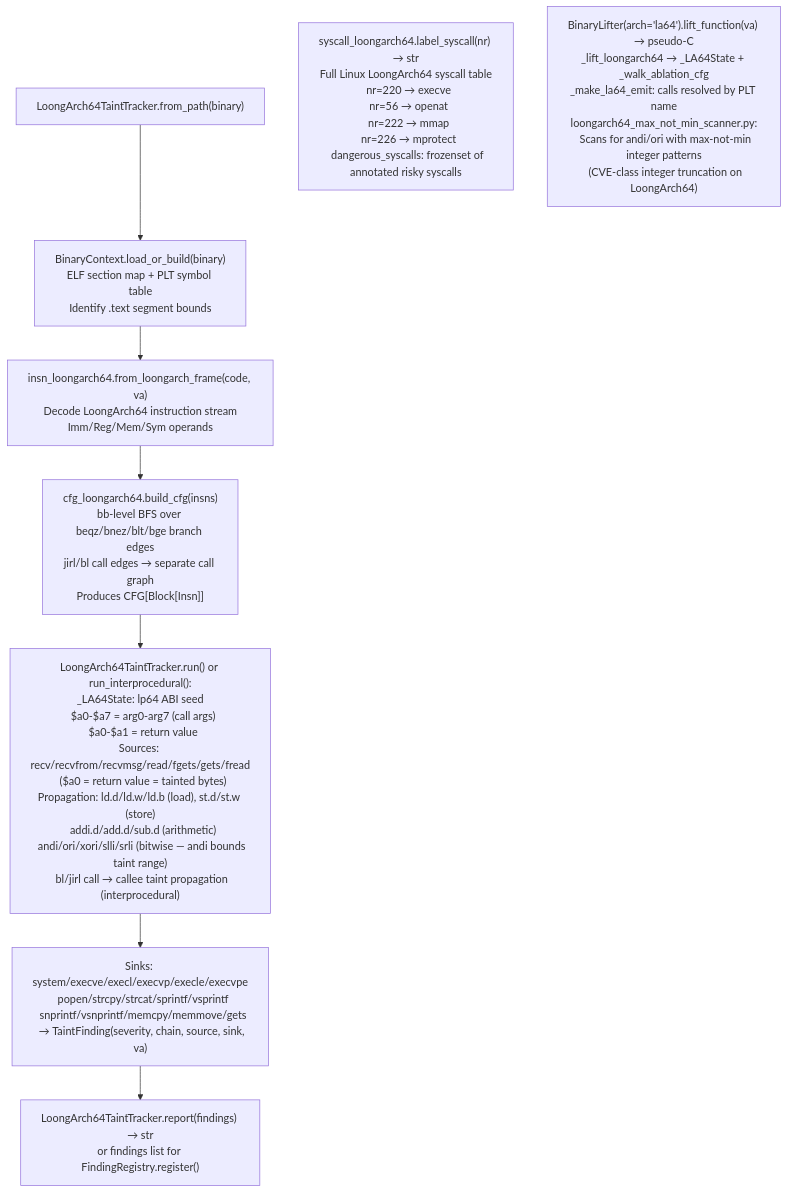
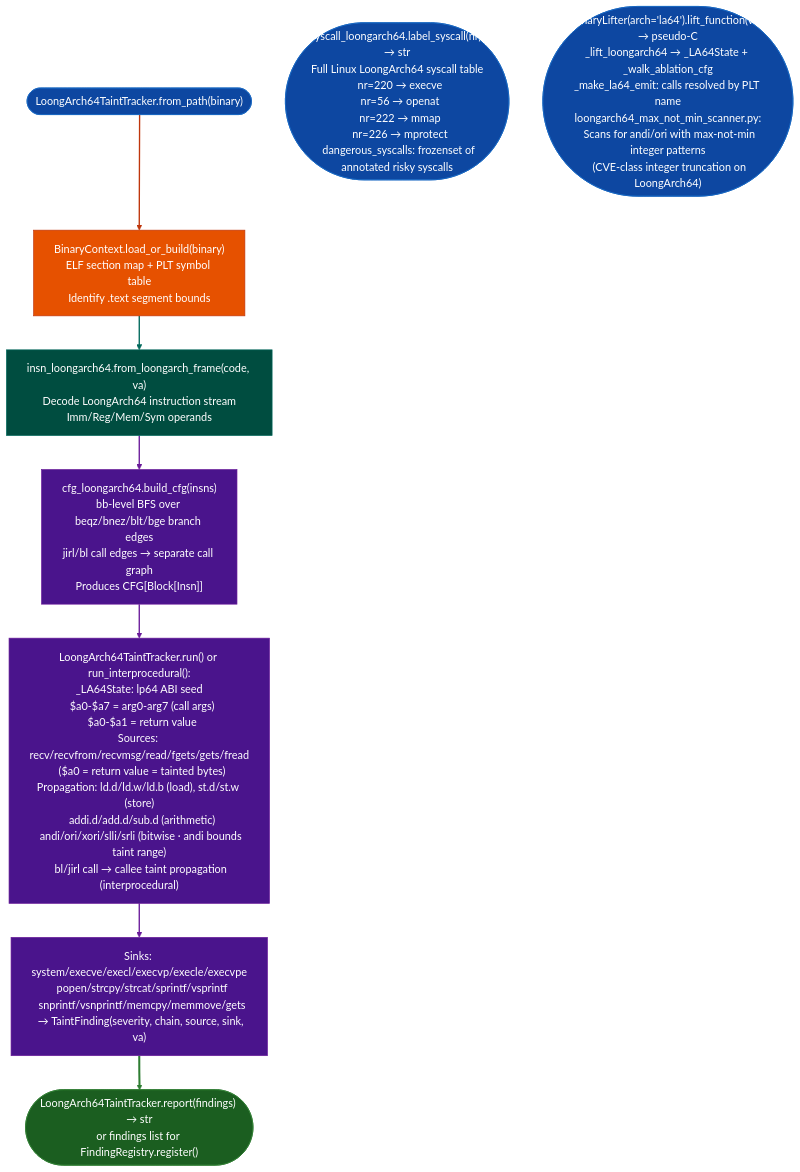
One commit to Ablation-Tool/ablation changed the diagram in docs/reference-modules/loongarch.md. Above: the diagram before and after it, drawn with Mermaid. The commit also changed 320 other files, not shown here.

First line of the commit message:
docs: apply canonical Mermaid template to all 321 diagrams

````diff
--- a/docs/reference-modules/loongarch.md
+++ b/docs/reference-modules/loongarch.md
@@ -19,13 +19,25 @@
 ```mermaid
 flowchart TD
-    A["LoongArch64TaintTracker.from_path(binary)"] --> B["BinaryContext.load_or_build(binary)\nELF section map + PLT symbol table\nIdentify .text segment bounds"]
-    B --> C["insn_loongarch64.from_loongarch_frame(code, va)\nDecode LoongArch64 instruction stream\nImm/Reg/Mem/Sym operands"]
-    C --> D["cfg_loongarch64.build_cfg(insns)\nbb-level BFS over beqz/bnez/blt/bge branch edges\njirl/bl call edges → separate call graph\nProduces CFG[Block[Insn]]"]
-    D --> E["LoongArch64TaintTracker.run() or run_interprocedural():\n_LA64State: lp64 ABI seed\n  $a0-$a7 = arg0-arg7 (call args)\n  $a0-$a1 = return value\nSources: recv/recvfrom/recvmsg/read/fgets/gets/fread\n  ($a0 = return value = tainted bytes)\nPropagation: ld.d/ld.w/ld.b (load), st.d/st.w (store)\n  addi.d/add.d/sub.d (arithmetic)\n  andi/ori/xori/slli/srli (bitwise — andi bounds taint range)\n  bl/jirl call → callee taint propagation (interprocedural)"]
-    E --> F["Sinks: system/execve/execl/execvp/execle/execvpe\n  popen/strcpy/strcat/sprintf/vsprintf\n  snprintf/vsnprintf/memcpy/memmove/gets\n  → TaintFinding(severity, chain, source, sink, va)"]
-    F --> G["LoongArch64TaintTracker.report(findings) → str\nor findings list for FindingRegistry.register()"]
+    A(["LoongArch64TaintTracker.from_path(binary)"]):::input --> B["BinaryContext.load_or_build(binary)\nELF section map + PLT symbol table\nIdentify .text segment bounds"]:::primary
+    B:::primary --> C["insn_loongarch64.from_loongarch_frame(code, va)\nDecode LoongArch64 instruction stream\nImm/Reg/Mem/Sym operands"]:::secondary
+    C:::secondary --> D["cfg_loongarch64.build_cfg(insns)\nbb-level BFS over beqz/bnez/blt/bge branch edges\njirl/bl call edges → separate call graph\nProduces CFG[Block[Insn]]"]:::tertiary
+    D:::tertiary --> E["LoongArch64TaintTracker.run() or run_interprocedural():\n_LA64State: lp64 ABI seed\n  $a0-$a7 = arg0-arg7 (call args)\n  $a0-$a1 = return value\nSources: recv/recvfrom/recvmsg/read/fgets/gets/fread\n  ($a0 = return value = tainted bytes)\nPropagation: ld.d/ld.w/ld.b (load), st.d/st.w (store)\n  addi.d/add.d/sub.d (arithmetic)\n  andi/ori/xori/slli/srli (bitwise · andi bounds taint range)\n  bl/jirl call → callee taint propagation (interprocedural)"]:::tertiary
+    E:::tertiary --> F["Sinks: system/execve/execl/execvp/execle/execvpe\n  popen/strcpy/strcat/sprintf/vsprintf\n  snprintf/vsnprintf/memcpy/memmove/gets\n  → TaintFinding(severity, chain, source, sink, va)"]:::tertiary
+    F:::tertiary --> G(["LoongArch64TaintTracker.report(findings) → str\nor findings list for FindingRegistry.register()"]):::output
 
-    H["syscall_loongarch64.label_syscall(nr) → str\nFull Linux LoongArch64 syscall table\n  nr=220 → execve\n  nr=56 → openat\n  nr=222 → mmap\n  nr=226 → mprotect\n  dangerous_syscalls: frozenset of annotated risky syscalls"]
+    H(["syscall_loongarch64.label_syscall(nr) → str\nFull Linux LoongArch64 syscall table\n  nr=220 → execve\n  nr=56 → openat\n  nr=222 → mmap\n  nr=226 → mprotect\n  dangerous_syscalls: frozenset of annotated risky syscalls"]):::input
 
-    I["BinaryLifter(arch='la64').lift_function(va) → pseudo-C\n_lift_loongarch64 → _LA64State + _walk_ablation_cfg\n_make_la64_emit: calls resolved by PLT name\nloongarch64_max_not_min_scanner.py:\n  Scans for andi/ori with max-not-min integer patterns\n  (CVE-class integer truncation on LoongArch64)"]
+    I(["BinaryLifter(arch='la64').lift_function(va) → pseudo-C\n_lift_loongarch64 → _LA64State + _walk_ablation_cfg\n_make_la64_emit: calls resolved by PLT name\nloongarch64_max_not_min_scanner.py:\n  Scans for andi/ori with max-not-min integer patterns\n  (CVE-class integer truncation on LoongArch64)"]):::input
+    classDef input     fill:#0d47a1,stroke:#1565c0,color:#fff
+    classDef primary   fill:#e65100,stroke:#bf360c,color:#fff
+    classDef secondary fill:#004d40,stroke:#00695c,color:#fff
+    classDef tertiary  fill:#4a148c,stroke:#6a1b9a,color:#fff
+    classDef neutral   fill:#37474f,stroke:#546e7a,color:#fff
+    classDef output    fill:#1b5e20,stroke:#2e7d32,color:#fff
+    linkStyle 0 stroke:#bf360c,stroke-width:2px
+    linkStyle 1 stroke:#00695c,stroke-width:2px
+    linkStyle 2 stroke:#6a1b9a,stroke-width:2px
+    linkStyle 3 stroke:#6a1b9a,stroke-width:2px
+    linkStyle 4 stroke:#6a1b9a,stroke-width:2px
+    linkStyle 5 stroke:#2e7d32,stroke-width:3px
 ```
````
